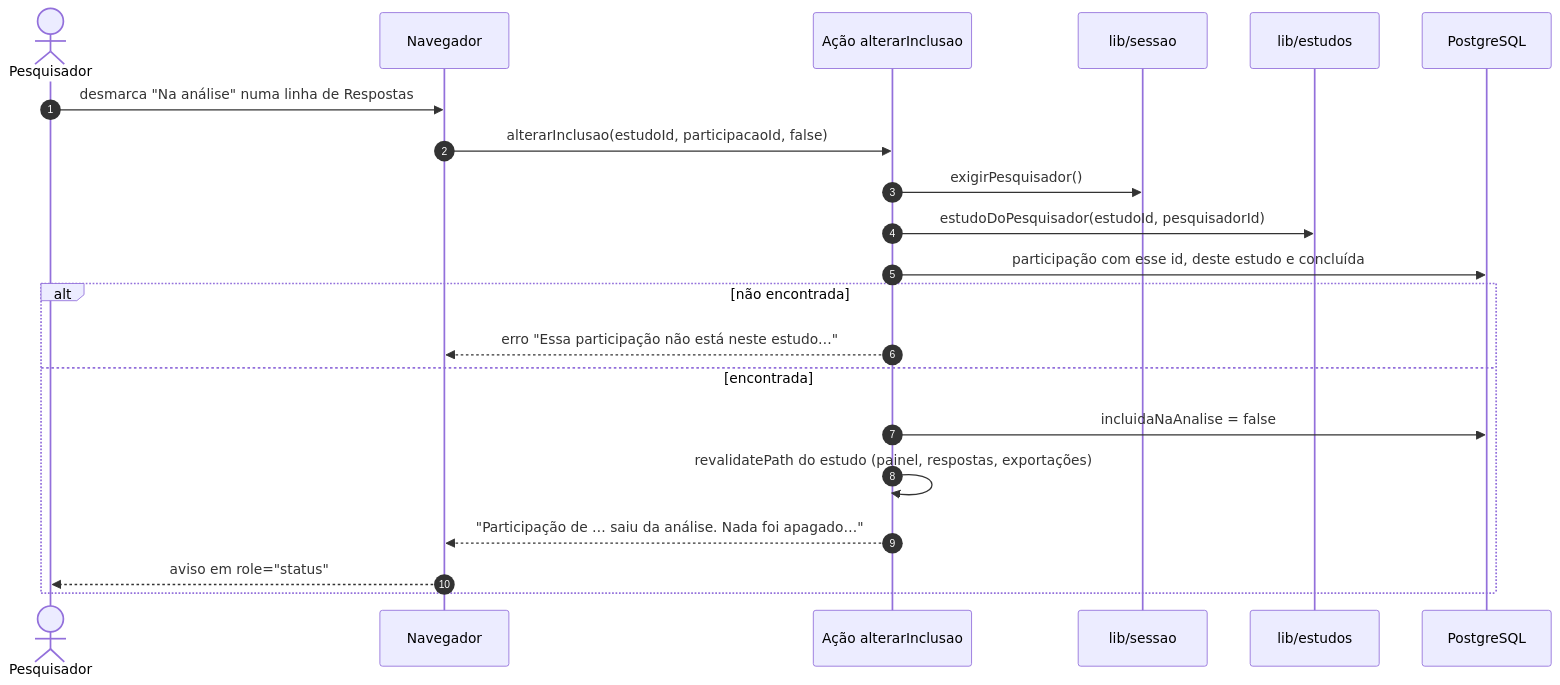
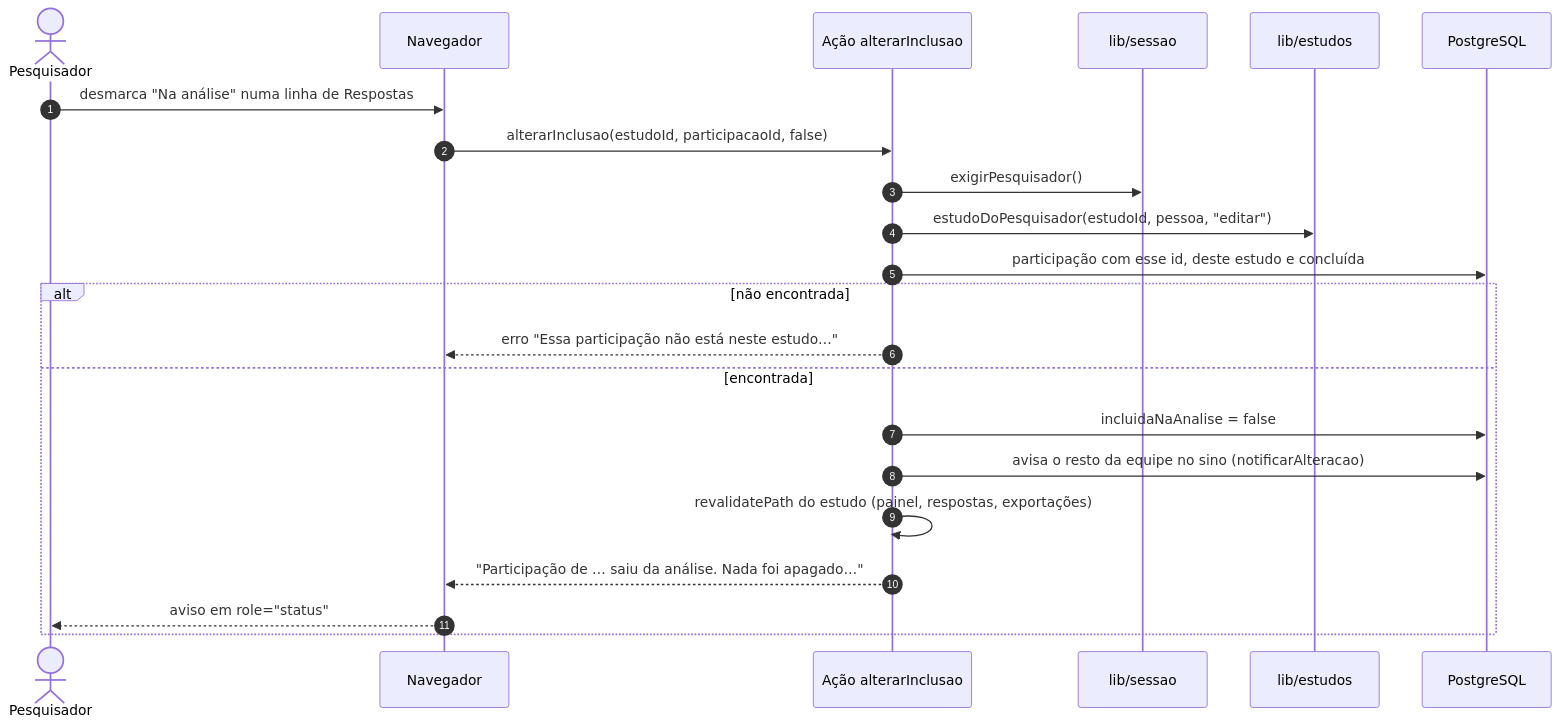
Before and after one commit to gabrielfjm/ueq_form_ihc: the fourth of 8 diagrams in docs/documentacao/diagramas-de-sequencia.md, drawn with Mermaid. The commit also changed other lines of this file and 54 other files, not shown here.

````diff
--- a/docs/documentacao/diagramas-de-sequencia.md
+++ b/docs/documentacao/diagramas-de-sequencia.md
@@ -174,24 +199,25 @@
 ```mermaid
 sequenceDiagram
     autonumber
     actor Pesq as Pesquisador
     participant Nav as Navegador
     participant Acao as Ação alterarInclusao
     participant Sessao as lib/sessao
     participant Estudos as lib/estudos
     participant BD as PostgreSQL
 
     Pesq->>Nav: desmarca "Na análise" numa linha de Respostas
     Nav->>Acao: alterarInclusao(estudoId, participacaoId, false)
     Acao->>Sessao: exigirPesquisador()
-    Acao->>Estudos: estudoDoPesquisador(estudoId, pesquisadorId)
+    Acao->>Estudos: estudoDoPesquisador(estudoId, pessoa, "editar")
     Acao->>BD: participação com esse id, deste estudo e concluída
     alt não encontrada
         Acao-->>Nav: erro "Essa participação não está neste estudo…"
     else encontrada
         Acao->>BD: incluidaNaAnalise = false
+        Acao->>BD: avisa o resto da equipe no sino (notificarAlteracao)
         Acao->>Acao: revalidatePath do estudo (painel, respostas, exportações)
         Acao-->>Nav: "Participação de … saiu da análise. Nada foi apagado…"
         Nav-->>Pesq: aviso em role="status"
     end
 ```
````
